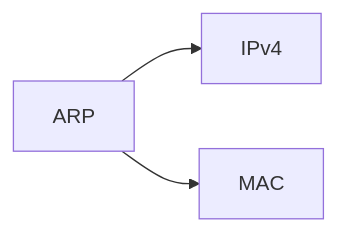
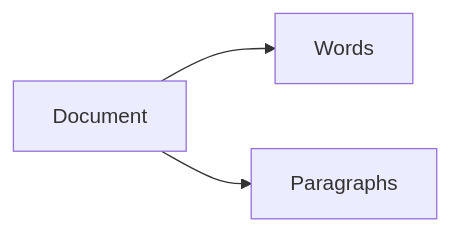
One commit to algebananazzzzz/Corum changed the first of 2 diagrams in agent-kit/skills/authoring-wiki/references/authoring-markdown.md. Above: the diagram before and after it, drawn with Mermaid. The commit also changed other lines of this file and 23 other files, not shown here.

````diff
--- a/agent-kit/skills/authoring-wiki/references/authoring-markdown.md
+++ b/agent-kit/skills/authoring-wiki/references/authoring-markdown.md
@@ -227,5 +311,5 @@
 ```mermaid
 flowchart LR
-  A[ARP] --> B[IPv4]
-  A --> C[MAC]
+    A[Document] --> B[Words]
+    A --> C[Paragraphs]
 ```
````
